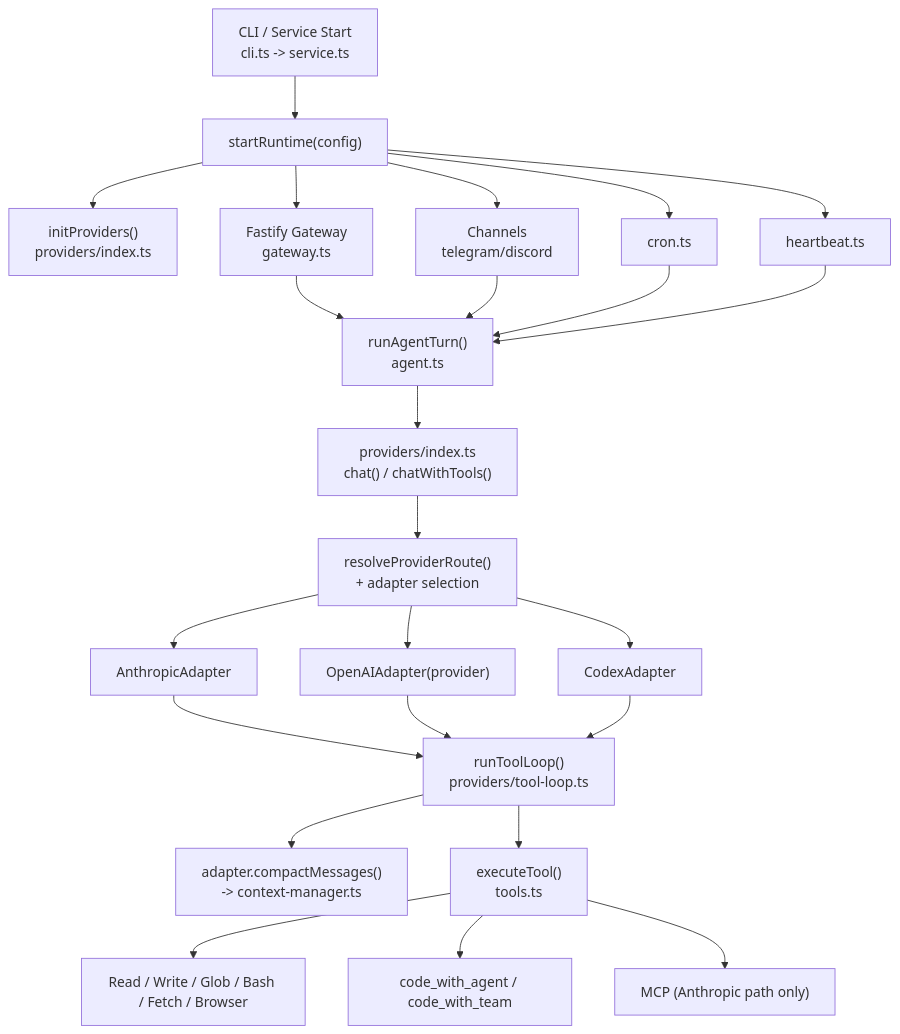
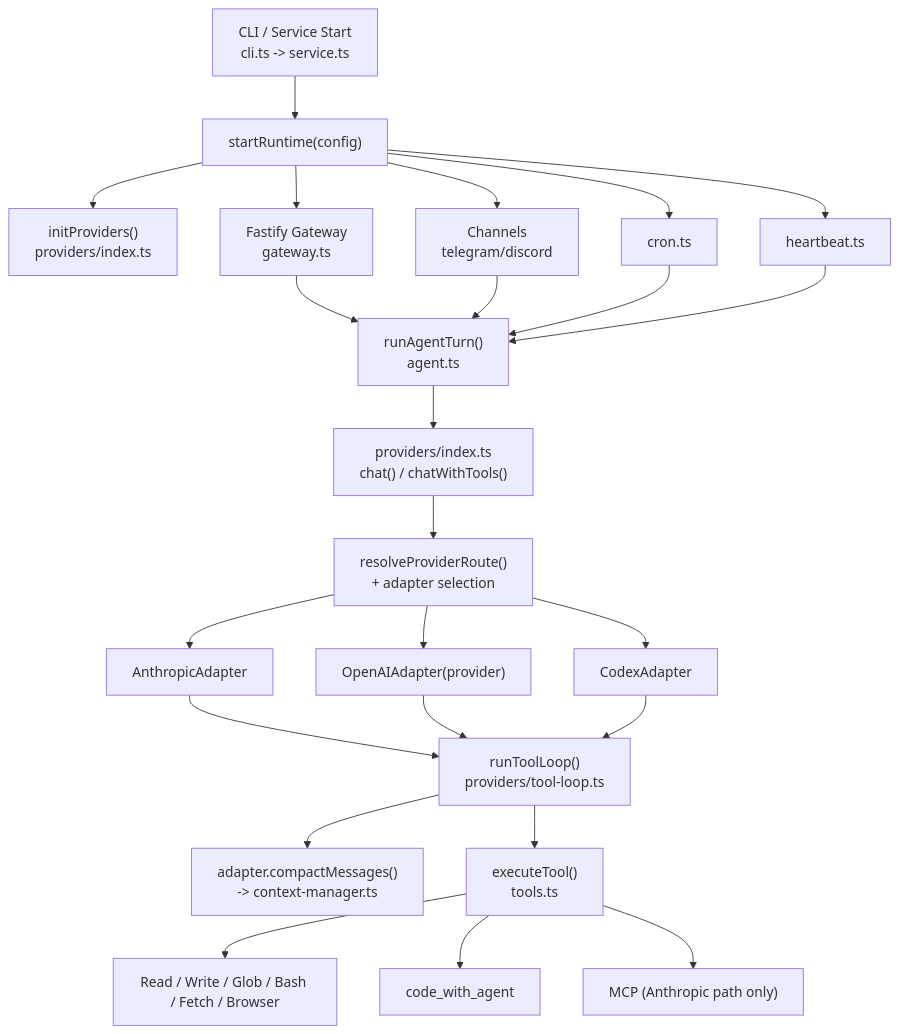
The diagram in SkimpyClaw Architecture Analysis.updated.md (kat3samsin/skimpyclaw), drawn with Mermaid before and after one commit. The commit also changed 27 other files, not shown here.

````diff
--- a/SkimpyClaw Architecture Analysis.updated.md
+++ b/SkimpyClaw Architecture Analysis.updated.md
@@ -21,31 +21,31 @@
 ```mermaid
 flowchart TD
   CLI["CLI / Service Start\ncli.ts -> service.ts"] --> RT["startRuntime(config)"]
   RT --> PInit["initProviders()\nproviders/index.ts"]
   RT --> GW["Fastify Gateway\ngateway.ts"]
   RT --> CH["Channels\ntelegram/discord"]
   RT --> CRON["cron.ts"]
   RT --> HB["heartbeat.ts"]
 
   GW --> RAT["runAgentTurn()\nagent.ts"]
   CH --> RAT
   CRON --> RAT
   HB --> RAT
 
   RAT --> PR["providers/index.ts\nchat() / chatWithTools()"]
   PR --> ROUTE["resolveProviderRoute()\n+ adapter selection"]
 
   ROUTE --> A1["AnthropicAdapter"]
   ROUTE --> A2["OpenAIAdapter(provider)"]
   ROUTE --> A3["CodexAdapter"]
 
   A1 --> LOOP["runToolLoop()\nproviders/tool-loop.ts"]
   A2 --> LOOP
   A3 --> LOOP
 
   LOOP --> CTX["adapter.compactMessages()\n-> context-manager.ts"]
   LOOP --> EXEC["executeTool()\ntools.ts"]
   EXEC --> BUILTIN["Read / Write / Glob / Bash / Fetch / Browser"]
-  EXEC --> CODEAGENTS["code_with_agent / code_with_team"]
+  EXEC --> CODEAGENTS["code_with_agent"]
   EXEC --> MCP["MCP (Anthropic path only)"]
 ```
````
